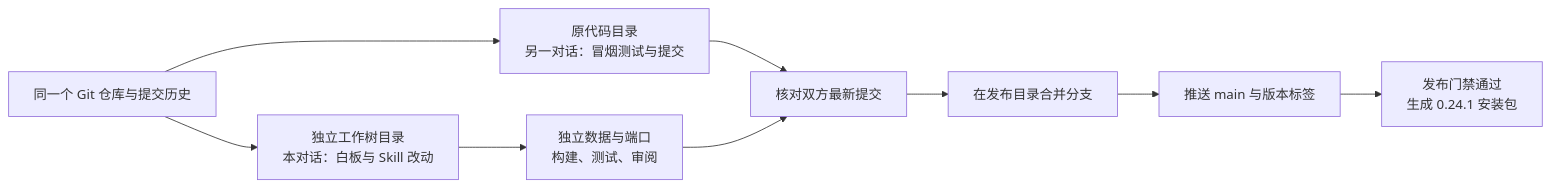
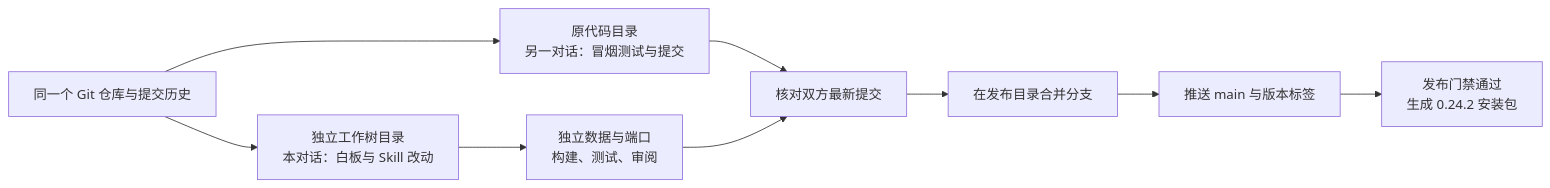
One commit to TongZi2003/Notara changed the diagram in README.md. Above: the diagram before and after it, drawn with Mermaid. The commit also changed other lines of this file and 125 other files, not shown here.

````diff
--- a/README.md
+++ b/README.md
@@ -851,11 +860,11 @@
 ```mermaid
 flowchart LR
     R["同一个 Git 仓库与提交历史"] --> A["原代码目录<br/>另一对话：冒烟测试与提交"]
     R --> B["独立工作树目录<br/>本对话：白板与 Skill 改动"]
     B --> C["独立数据与端口<br/>构建、测试、审阅"]
     A --> D["核对双方最新提交"]
     C --> D
     D --> E["在发布目录合并分支"]
     E --> F["推送 main 与版本标签"]
-    F --> G["发布门禁通过<br/>生成 0.24.1 安装包"]
+    F --> G["发布门禁通过<br/>生成 0.24.2 安装包"]
 ```
````
